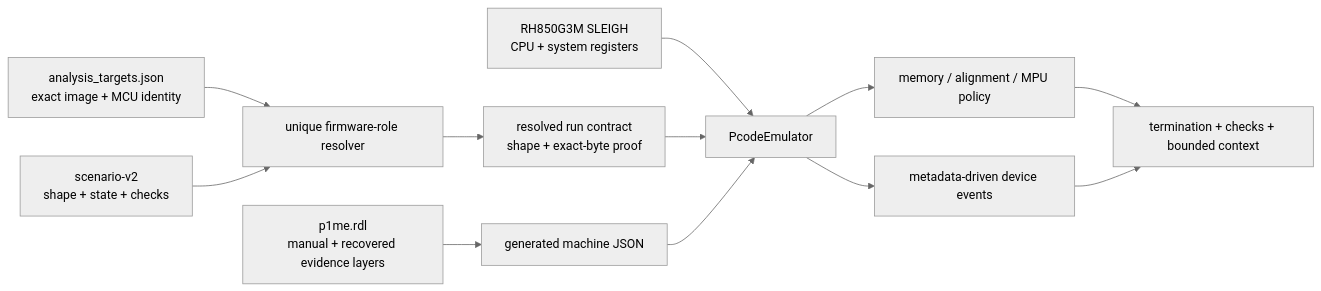
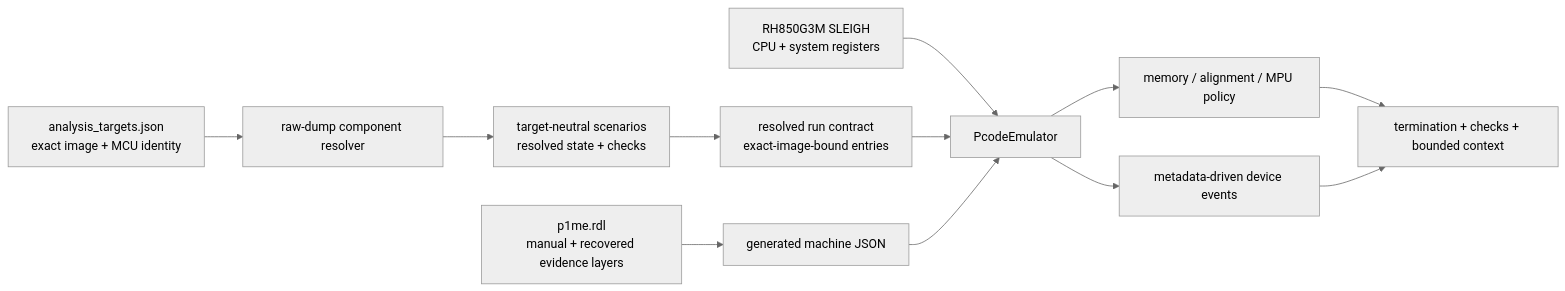
The diagram in docs/tooling/rh850-build-and-sim.md (kaikozlov/ghidra_rh850), drawn with Mermaid (neutral theme) before and after one commit. The commit also changed other lines of this file and 16 other files, not shown here.

Commit message:
Build dynamic raw-image signer verification

````diff
--- a/docs/tooling/rh850-build-and-sim.md
+++ b/docs/tooling/rh850-build-and-sim.md
@@ -163,14 +168,14 @@
 ```mermaid
 flowchart LR
-  Target["analysis_targets.json<br/>exact image + MCU identity"] --> Resolver["unique firmware-role resolver"]
-  Scenario["scenario-v2<br/>shape + state + checks"] --> Resolver
+  Target["analysis_targets.json<br/>exact image + MCU identity"] --> Resolver["raw-dump component resolver"]
+  Resolver --> Scenario["target-neutral scenarios<br/>resolved state + checks"]
   RDL["p1me.rdl<br/>manual + recovered evidence layers"] --> Projection["generated machine JSON"]
   SLEIGH["RH850G3M SLEIGH<br/>CPU + system registers"] --> Emulator["PcodeEmulator"]
-  Resolver --> Contract["resolved run contract<br/>shape + exact-byte proof"]
+  Scenario --> Contract["resolved run contract<br/>exact-image-bound entries"]
   Contract --> Emulator
   Projection --> Emulator
   Emulator --> Policy["memory / alignment / MPU policy"]
   Emulator --> Scheduler["metadata-driven device events"]
   Policy --> Report["termination + checks + bounded context"]
   Scheduler --> Report
 ```
````
